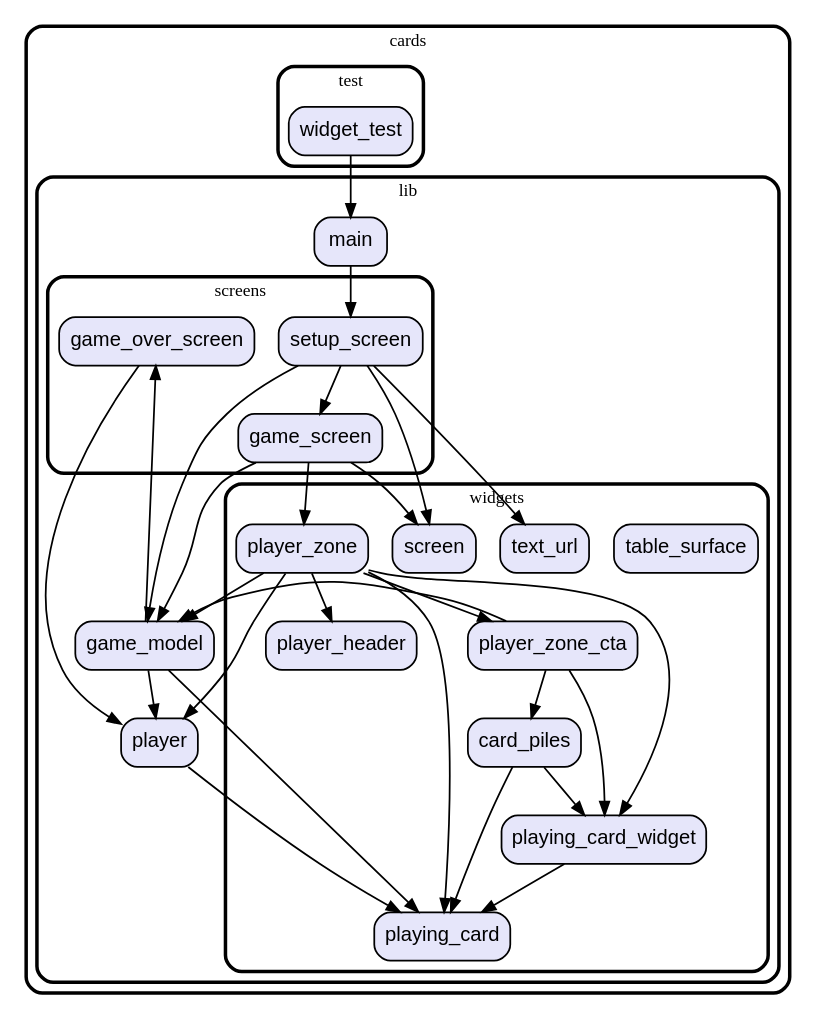
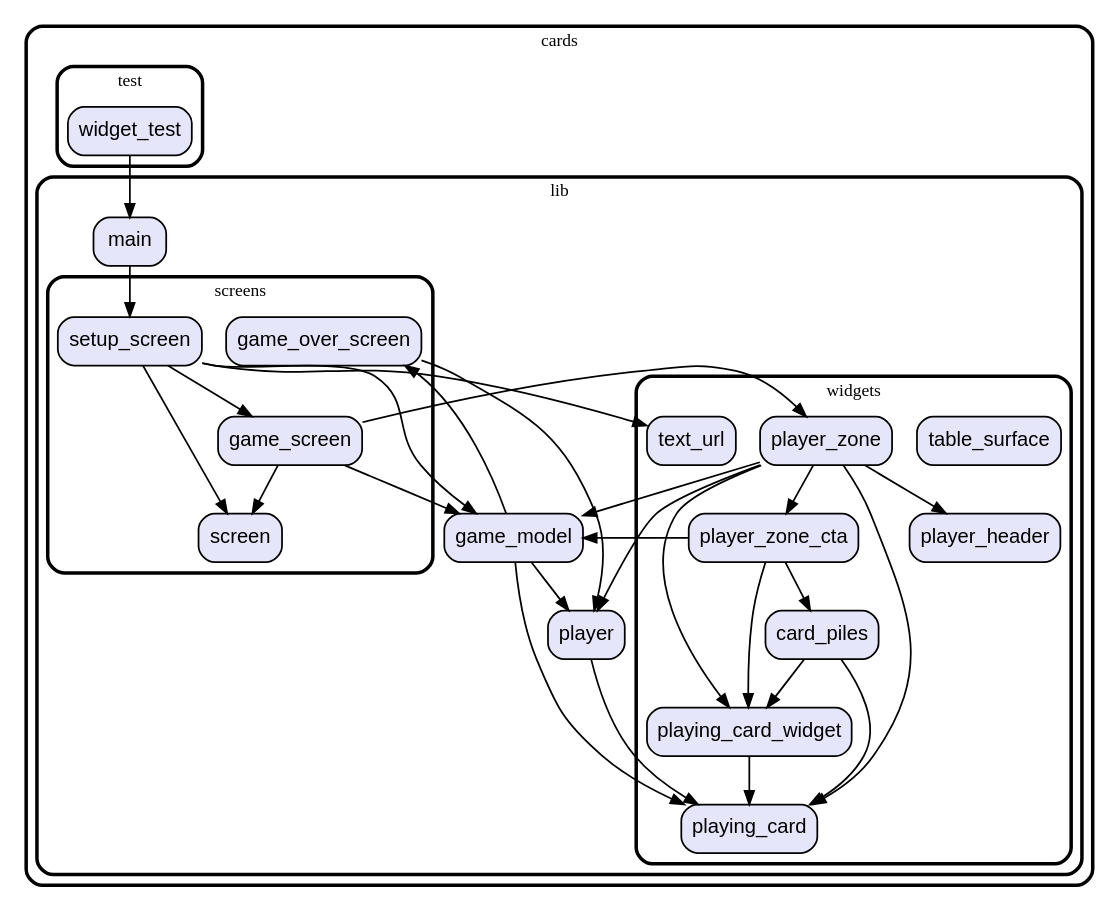
The diagram in graph.dot (vteam-com/Cards), drawn with Graphviz before and after one commit. The commit also changed 8 other files, not shown here.

```diff
--- a/graph.dot
+++ b/graph.dot
@@ -1,78 +1,78 @@
 digraph "" {
   graph [style=rounded fontname="Arial Black" fontsize=13 penwidth=2.6];
   node [shape=rect style="filled,rounded" fontname=Arial fontsize=15 fillcolor=Lavender penwidth=1.3];
   edge [penwidth=1.3];
   "/test/widget_test.dart" [label="widget_test"];
   "/lib/game_model.dart" [label="game_model"];
   "/lib/screens/game_screen.dart" [label="game_screen"];
   "/lib/screens/game_over_screen.dart" [label="game_over_screen"];
   "/lib/screens/setup_screen.dart" [label="setup_screen"];
+  "/lib/screens/screen.dart" [label="screen"];
   "/lib/main.dart" [label="main"];
   "/lib/player.dart" [label="player"];
   "/lib/widgets/playing_card_widget.dart" [label="playing_card_widget"];
   "/lib/widgets/table_surface.dart" [label="table_surface"];
   "/lib/widgets/player_zone.dart" [label="player_zone"];
   "/lib/widgets/playing_card.dart" [label="playing_card"];
   "/lib/widgets/card_piles.dart" [label="card_piles"];
   "/lib/widgets/player_zone_cta.dart" [label="player_zone_cta"];
-  "/lib/widgets/screen.dart" [label="screen"];
   "/lib/widgets/player_header.dart" [label="player_header"];
   "/lib/widgets/text_url.dart" [label="text_url"];
   subgraph "cluster~" {
     label="cards";
     subgraph "cluster~/test" {
       label="test";
       "/test/widget_test.dart";
     }
     subgraph "cluster~/lib" {
       label="lib";
       "/lib/game_model.dart";
       "/lib/main.dart";
       "/lib/player.dart";
       subgraph "cluster~/lib/screens" {
         label="screens";
         "/lib/screens/game_screen.dart";
         "/lib/screens/game_over_screen.dart";
         "/lib/screens/setup_screen.dart";
+        "/lib/screens/screen.dart";
       }
       subgraph "cluster~/lib/widgets" {
         label="widgets";
         "/lib/widgets/playing_card_widget.dart";
         "/lib/widgets/table_surface.dart";
         "/lib/widgets/player_zone.dart";
         "/lib/widgets/playing_card.dart";
         "/lib/widgets/card_piles.dart";
         "/lib/widgets/player_zone_cta.dart";
-        "/lib/widgets/screen.dart";
         "/lib/widgets/player_header.dart";
         "/lib/widgets/text_url.dart";
       }
     }
   }
   "/test/widget_test.dart" -> "/lib/main.dart";
   "/lib/game_model.dart" -> "/lib/player.dart";
   "/lib/game_model.dart" -> "/lib/screens/game_over_screen.dart";
   "/lib/game_model.dart" -> "/lib/widgets/playing_card.dart";
+  "/lib/screens/game_screen.dart" -> "/lib/screens/screen.dart";
   "/lib/screens/game_screen.dart" -> "/lib/widgets/player_zone.dart";
-  "/lib/screens/game_screen.dart" -> "/lib/widgets/screen.dart";
   "/lib/screens/game_screen.dart" -> "/lib/game_model.dart";
   "/lib/screens/game_over_screen.dart" -> "/lib/player.dart";
   "/lib/screens/setup_screen.dart" -> "/lib/game_model.dart";
   "/lib/screens/setup_screen.dart" -> "/lib/screens/game_screen.dart";
-  "/lib/screens/setup_screen.dart" -> "/lib/widgets/screen.dart";
+  "/lib/screens/setup_screen.dart" -> "/lib/screens/screen.dart";
   "/lib/screens/setup_screen.dart" -> "/lib/widgets/text_url.dart";
   "/lib/main.dart" -> "/lib/screens/setup_screen.dart";
   "/lib/player.dart" -> "/lib/widgets/playing_card.dart";
   "/lib/widgets/playing_card_widget.dart" -> "/lib/widgets/playing_card.dart";
   "/lib/widgets/player_zone.dart" -> "/lib/game_model.dart";
   "/lib/widgets/player_zone.dart" -> "/lib/player.dart";
   "/lib/widgets/player_zone.dart" -> "/lib/widgets/player_header.dart";
   "/lib/widgets/player_zone.dart" -> "/lib/widgets/player_zone_cta.dart";
   "/lib/widgets/player_zone.dart" -> "/lib/widgets/playing_card.dart";
   "/lib/widgets/player_zone.dart" -> "/lib/widgets/playing_card_widget.dart";
   "/lib/widgets/card_piles.dart" -> "/lib/widgets/playing_card.dart";
   "/lib/widgets/card_piles.dart" -> "/lib/widgets/playing_card_widget.dart";
   "/lib/widgets/player_zone_cta.dart" -> "/lib/game_model.dart";
   "/lib/widgets/player_zone_cta.dart" -> "/lib/widgets/card_piles.dart";
   "/lib/widgets/player_zone_cta.dart" -> "/lib/widgets/playing_card_widget.dart";
 }
```
